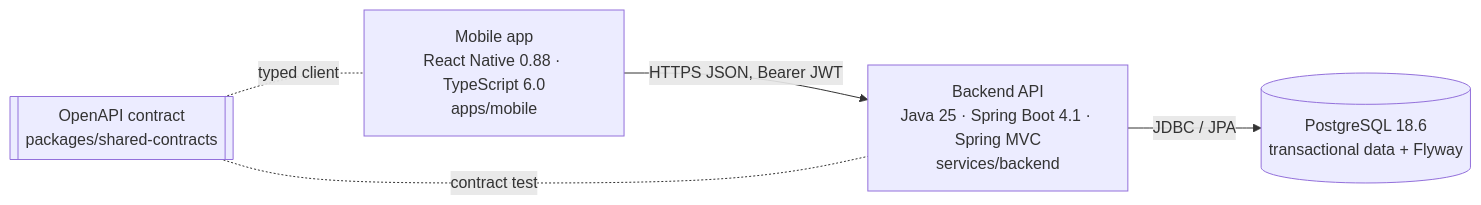
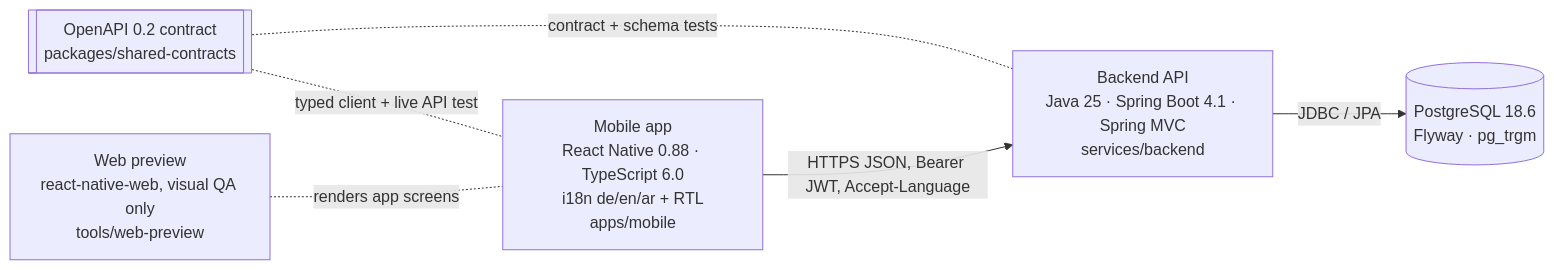
The second of 4 diagrams in docs/architecture/overview.md (uptonext-org/dukkan), drawn with Mermaid before and after one commit. The commit also changed other lines of this file and 15 other files, not shown here.

First line of the commit message:
docs: update architecture, API guide, setup, backlog and flows for the marketplace; add e2e-api CI job

````diff
--- a/docs/architecture/overview.md
+++ b/docs/architecture/overview.md
@@ -26,11 +34,13 @@
 ```mermaid
 flowchart LR
-  app[Mobile app<br/>React Native 0.88 · TypeScript 6.0<br/>apps/mobile]
+  app[Mobile app<br/>React Native 0.88 · TypeScript 6.0<br/>i18n de/en/ar + RTL<br/>apps/mobile]
   api[Backend API<br/>Java 25 · Spring Boot 4.1 · Spring MVC<br/>services/backend]
-  db[(PostgreSQL 18.6<br/>transactional data + Flyway)]
-  contract[[OpenAPI contract<br/>packages/shared-contracts]]
-  app -- HTTPS JSON, Bearer JWT --> api
+  db[(PostgreSQL 18.6<br/>Flyway · pg_trgm)]
+  contract[[OpenAPI 0.2 contract<br/>packages/shared-contracts]]
+  preview[Web preview<br/>react-native-web, visual QA only<br/>tools/web-preview]
+  app -- HTTPS JSON, Bearer JWT, Accept-Language --> api
   api -- JDBC / JPA --> db
-  contract -. contract test .- api
-  contract -. typed client .- app
+  contract -. contract + schema tests .- api
+  contract -. typed client + live API test .- app
+  preview -. renders app screens .- app
 ```
````
